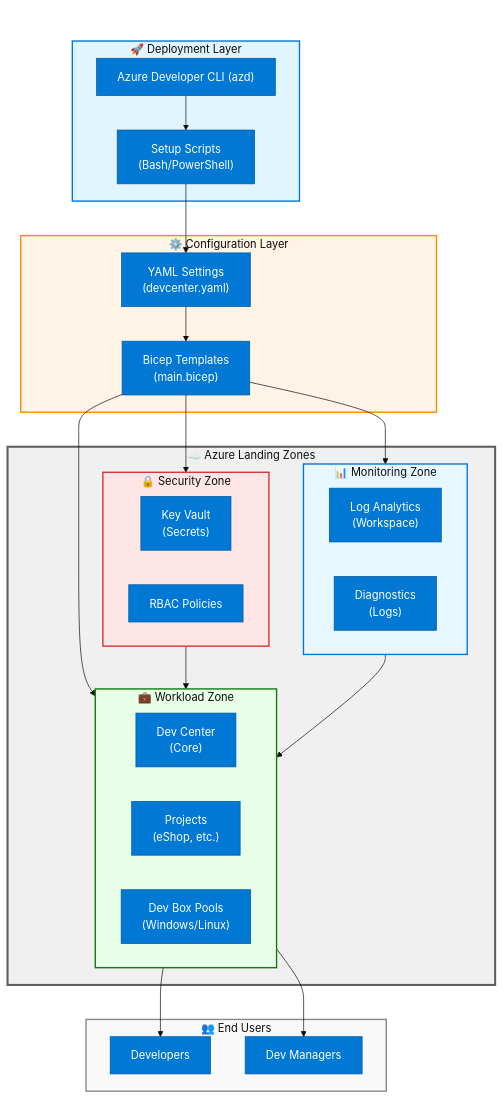
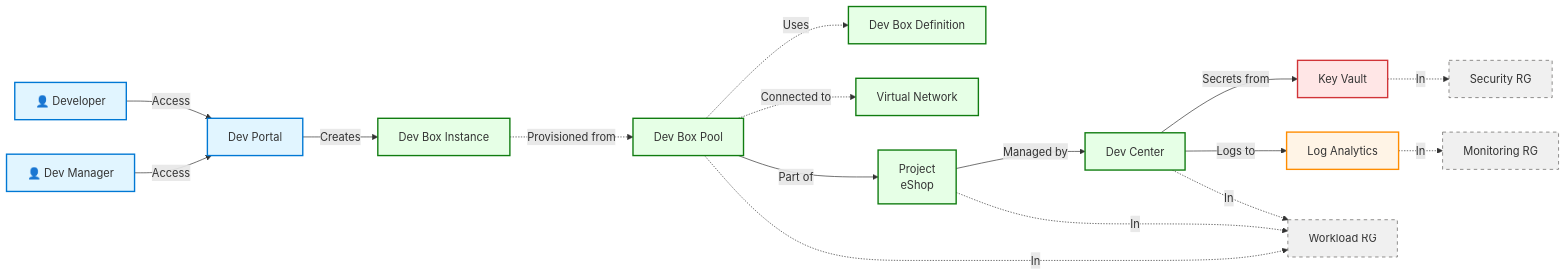
Before and after one commit to Evilazaro/DevExp-DevBox: the first of 2 diagrams in README.md, drawn with Mermaid. The commit also changed other lines of this file, not shown here.

````diff
--- a/README.md
+++ b/README.md
@@ -32,66 +52,43 @@
 ```mermaid
----
-title: "DevExp-DevBox Architecture - Three-Tier Landing Zone"
-config:
-  theme: base
-  themeVariables:
-    primaryColor: "#0078D4"
-    primaryTextColor: "#FFFFFF"
-    primaryBorderColor: "#005A9E"
-    secondaryColor: "#50E6FF"
-    tertiaryColor: "#F2F2F2"
----
-flowchart TB
-    subgraph deployment["🚀 Deployment Layer"]
-        azd["Azure Developer CLI (azd)"]
-        setup["Setup Scripts<br/>(Bash/PowerShell)"]
-    end
+flowchart LR
+    %% Users
+    Dev[👤 Developer]
+    Admin[👤 Dev Manager]
 
-    subgraph config["⚙️ Configuration Layer"]
-        yaml["YAML Settings<br/>(devcenter.yaml)"]
-        bicep["Bicep Templates<br/>(main.bicep)"]
-    end
+    %% Deployment
+    Dev & Admin -->|Access| Portal[Dev Portal]
 
-    subgraph azure["☁️ Azure Landing Zones"]
-        subgraph security["🔒 Security Zone"]
-            kv["Key Vault<br/>(Secrets)"]
-            rbac1["RBAC Policies"]
-        end
+    %% Azure Resources
+    Portal -->|Creates| DevBox[Dev Box Instance]
 
-        subgraph monitoring["📊 Monitoring Zone"]
-            la["Log Analytics<br/>(Workspace)"]
-            diag["Diagnostics<br/>(Logs)"]
-        end
+    DevBox -.->|Provisioned from| Pool[Dev Box Pool]
+    Pool -.->|Uses| Def[Dev Box Definition]
+    Pool -.->|Connected to| Net[Virtual Network]
 
-        subgraph workload["💼 Workload Zone"]
-            dc["Dev Center<br/>(Core)"]
-            proj["Projects<br/>(eShop, etc.)"]
-            pools["Dev Box Pools<br/>(Windows/Linux)"]
-        end
-    end
+    Pool -->|Part of| Project[Project<br/>eShop]
+    Project -->|Managed by| DC[Dev Center]
 
-    subgraph users["👥 End Users"]
-        devs["Developers"]
-        admins["Dev Managers"]
-    end
+    %% Security & Monitoring
+    DC -->|Secrets from| KV[Key Vault]
+    DC -->|Logs to| LA[Log Analytics]
 
-    azd --> setup
-    setup --> yaml
-    yaml --> bicep
-    bicep --> security
-    bicep --> monitoring
-    bicep --> workload
+    %% Resource Groups
+    KV -.->|In| SERG[Security RG]
+    LA -.->|In| MONRG[Monitoring RG]
+    DC -.->|In| WLRG[Workload RG]
+    Project -.->|In| WLRG
+    Pool -.->|In| WLRG
 
-    security --> workload
-    monitoring --> workload
-    workload --> devs
-    workload --> admins
+    %% Styling
+    classDef userStyle fill:#E1F5FF,stroke:#0078D4,stroke-width:2px
+    classDef resourceStyle fill:#E6FFE6,stroke:#107C10,stroke-width:2px
+    classDef securityStyle fill:#FFE6E6,stroke:#D13438,stroke-width:2px
+    classDef monitorStyle fill:#FFF4E6,stroke:#FF8C00,stroke-width:2px
+    classDef rgStyle fill:#F0F0F0,stroke:#605E5C,stroke-width:1px,stroke-dasharray: 5 5
 
-    style deployment fill:#E1F5FF,stroke:#0078D4,stroke-width:2px
-    style config fill:#FFF4E6,stroke:#FF8C00,stroke-width:2px
-    style azure fill:#F0F0F0,stroke:#605E5C,stroke-width:3px
-    style security fill:#FFE6E6,stroke:#D13438,stroke-width:2px
-    style monitoring fill:#E6F7FF,stroke:#0078D4,stroke-width:2px
-    style workload fill:#E6FFE6,stroke:#107C10,stroke-width:2px
-    style users fill:#F9F9F9,stroke:#8A8886,stroke-width:2px
+    class Dev,Admin,Portal userStyle
+    class DC,Project,Pool,DevBox,Def,Net resourceStyle
+    class KV securityStyle
+    class LA monitorStyle
+    class SERG,MONRG,WLRG rgStyle
 ```
````
